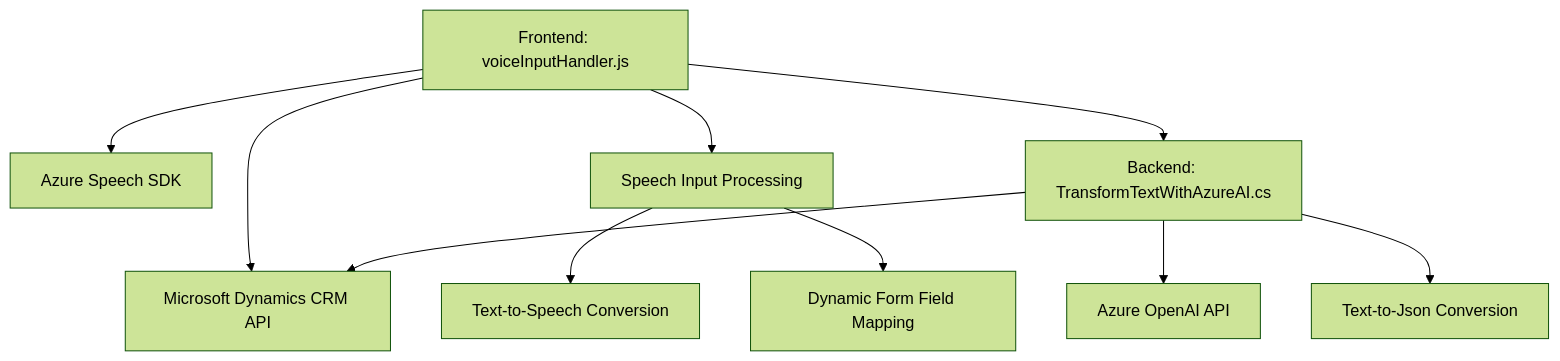
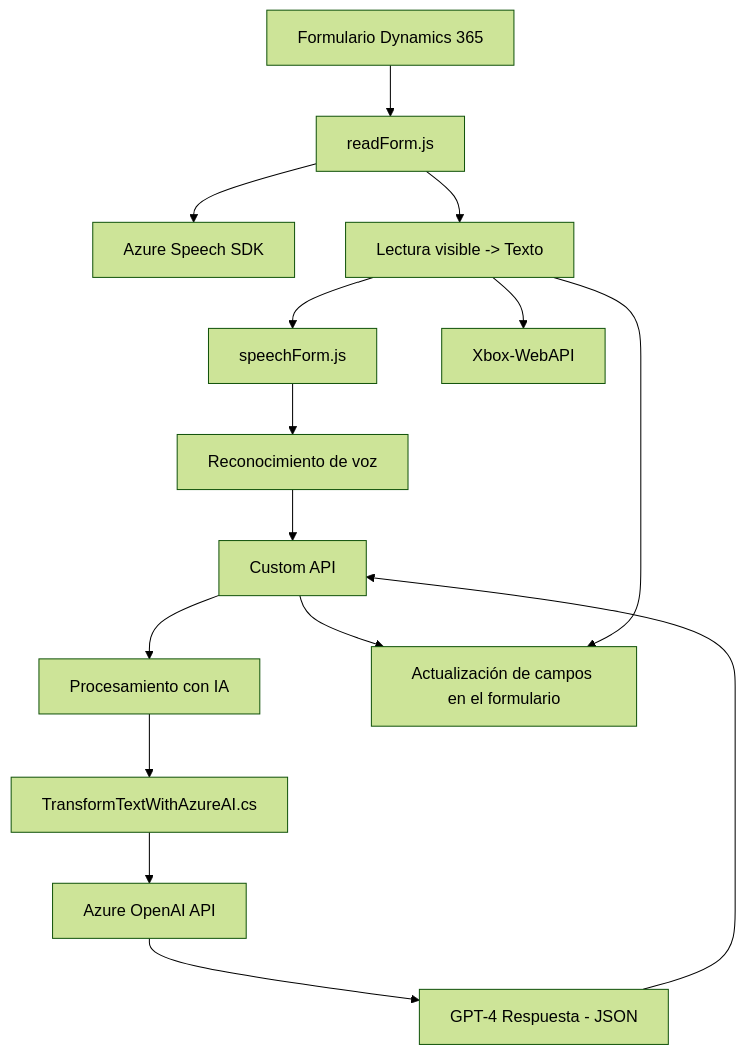
The diagram in README.md (blopezdm/NETCORE_BILBAO2025), drawn with Mermaid (forest theme) before and after one commit. The commit also changed other lines of this file, not shown here.

Commit message:
Actualizar análisis global de la solución con IA

````diff
--- a/README.md
+++ b/README.md
@@ -38,12 +36,17 @@
 ```mermaid
 graph TD
-    A["Frontend: voiceInputHandler.js"] --> B["Azure Speech SDK"]
-    A --> C["Microsoft Dynamics CRM API"]
-    A --> D["Speech Input Processing"]
-    D --> E["Text-to-Speech Conversion"]
-    D --> F["Dynamic Form Field Mapping"]
-    G["Backend: TransformTextWithAzureAI.cs"] --> H["Azure OpenAI API"]
-    G --> C
-    G --> I["Text-to-Json Conversion"]
-    A --> G
+    A["Formulario Dynamics 365"] --> B["readForm.js"]
+    B --> C["Azure Speech SDK"]
+    B --> D["Lectura visible -> Texto"]
+    D --> E["speechForm.js"]
+    E --> F["Reconocimiento de voz"]
+    F --> G["Custom API"]
+    G --> H["Procesamiento con IA"]
+    H --> I["TransformTextWithAzureAI.cs"]
+    I --> J["Azure OpenAI API"]
+    D --> K["Xbox-WebAPI"]
+    J --> L["GPT-4 Respuesta - JSON"]
+    L --> G
+    G --> M["Actualización de campos en el formulario"]
+    D --> M
 ```
````
